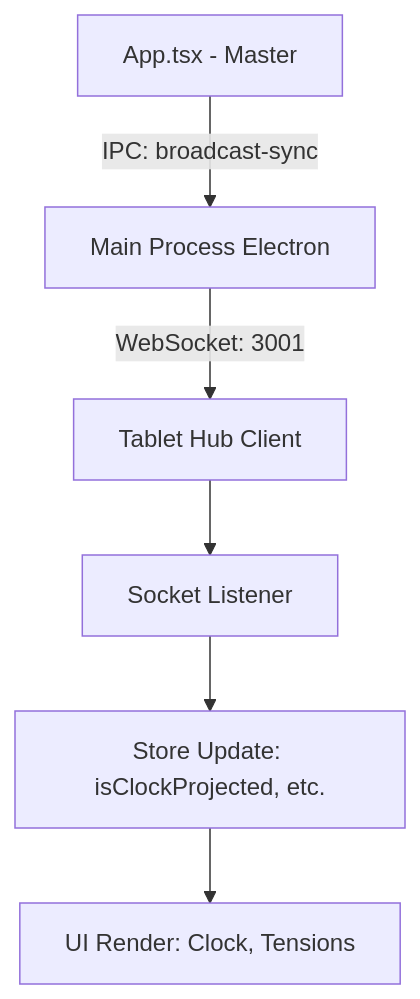
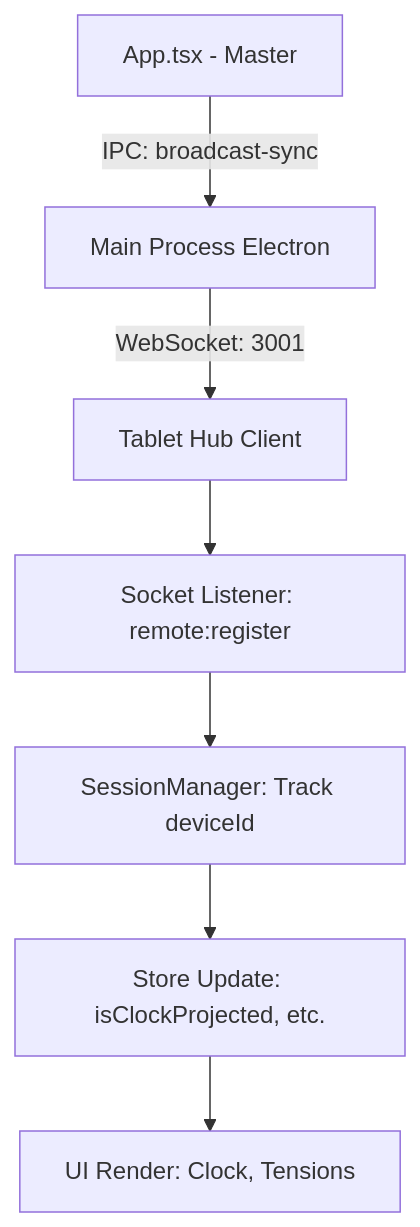
The diagram in documentation/Technical Docs/Tablet_Hub_Technical_Doc.md (davidmot-dev/GM-OS), drawn with Mermaid before and after one commit. The commit also changed other lines of this file and 71 other files, not shown here.

````diff
--- a/documentation/Technical Docs/Tablet_Hub_Technical_Doc.md
+++ b/documentation/Technical Docs/Tablet_Hub_Technical_Doc.md
@@ -31,8 +40,9 @@
 ```mermaid
 graph TD
     A[App.tsx - Master] -- IPC: broadcast-sync --> B[Main Process Electron]
     B -- WebSocket: 3001 --> C[Tablet Hub Client]
-    C --> D[Socket Listener]
-    D --> E[Store Update: isClockProjected, etc.]
-    E --> F[UI Render: Clock, Tensions]
+    C --> D[Socket Listener: remote:register]
+    D --> E[SessionManager: Track deviceId]
+    E --> F[Store Update: isClockProjected, etc.]
+    F --> G[UI Render: Clock, Tensions]
 ```
````
